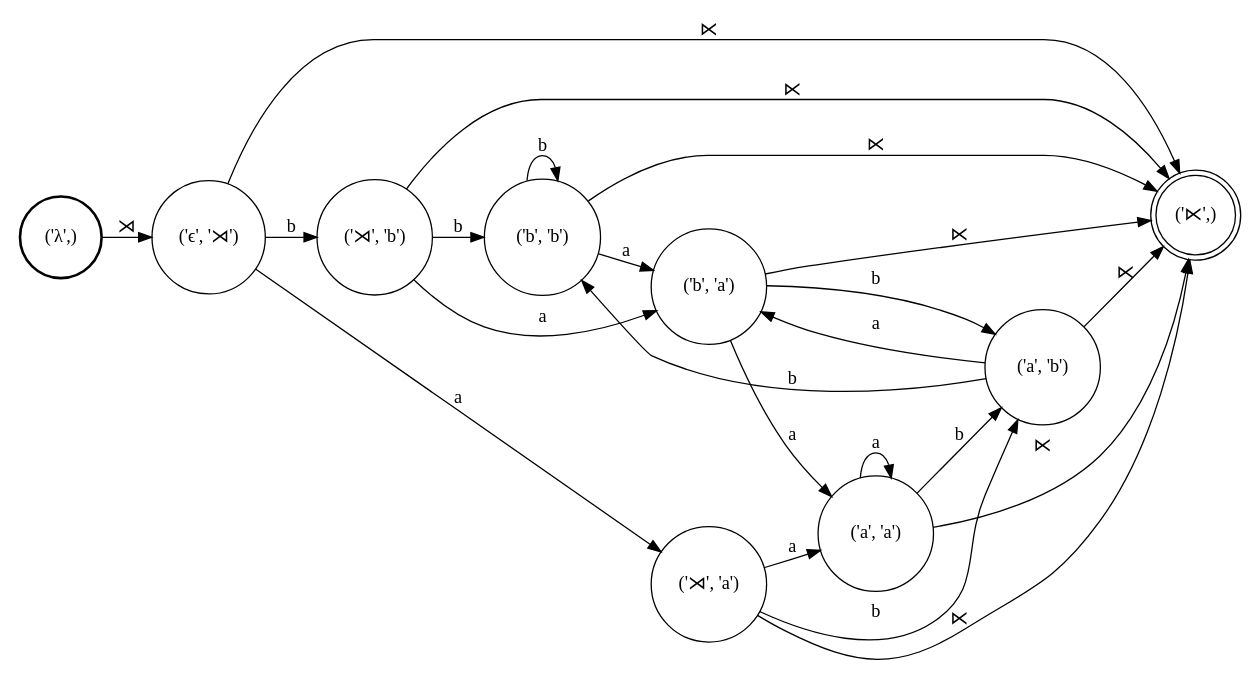
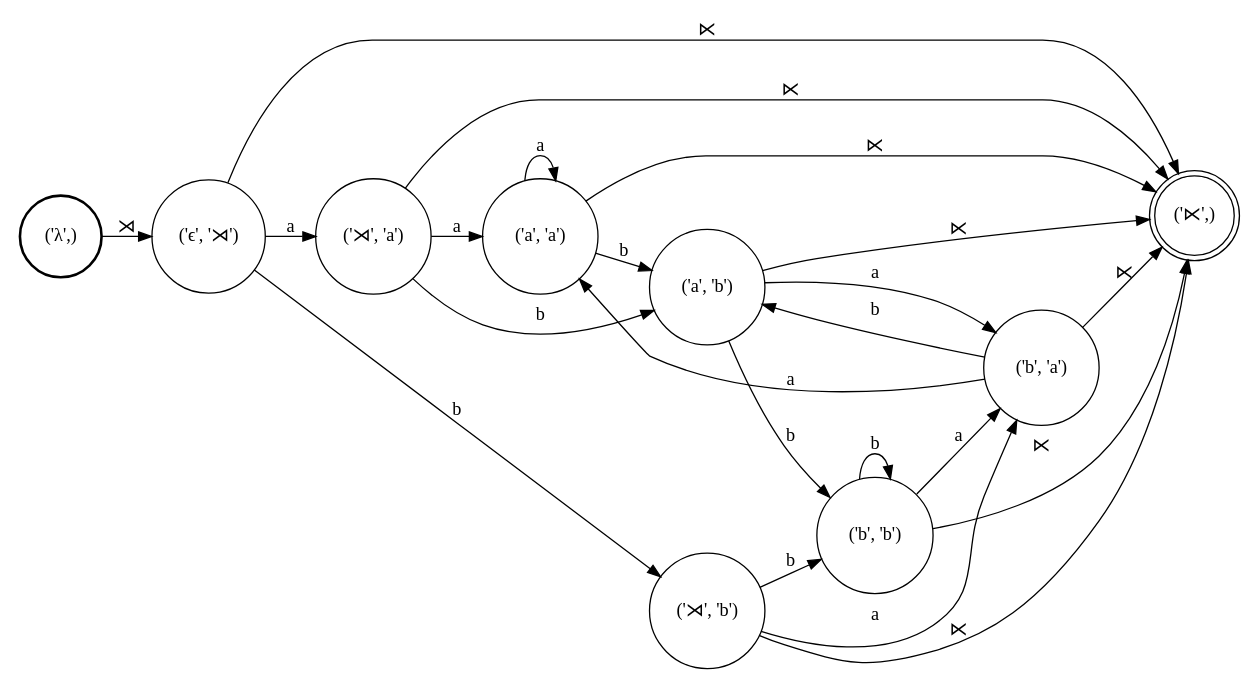
The diagram in demo/L.dot (colincwilson/wynini), drawn with Graphviz before and after one commit. The commit also changed 6 other files, not shown here.

```diff
--- a/demo/L.dot
+++ b/demo/L.dot
@@ -1,39 +1,39 @@
 digraph FST {
 rankdir = LR;
 size = "8.5,11";
 center = 1;
 orientation = Portrait;
 ranksep = "0.4";
 nodesep = "0.25";
 0 [label = "('λ',)", shape = circle, style = bold, fontsize = 14]
 	0 -> 1 [label = "⋊", fontsize = 14];
 1 [label = "('ϵ', '⋊')", shape = circle, style = solid, fontsize = 14]
-	1 -> 2 [label = "b", fontsize = 14];
-	1 -> 3 [label = "a", fontsize = 14];
+	1 -> 2 [label = "a", fontsize = 14];
+	1 -> 3 [label = "b", fontsize = 14];
 	1 -> 8 [label = "⋉", fontsize = 14];
-2 [label = "('⋊', 'b')", shape = circle, style = solid, fontsize = 14]
-	2 -> 4 [label = "b", fontsize = 14];
-	2 -> 5 [label = "a", fontsize = 14];
+2 [label = "('⋊', 'a')", shape = circle, style = solid, fontsize = 14]
+	2 -> 6 [label = "a", fontsize = 14];
+	2 -> 7 [label = "b", fontsize = 14];
 	2 -> 8 [label = "⋉", fontsize = 14];
-3 [label = "('⋊', 'a')", shape = circle, style = solid, fontsize = 14]
-	3 -> 6 [label = "b", fontsize = 14];
-	3 -> 7 [label = "a", fontsize = 14];
+3 [label = "('⋊', 'b')", shape = circle, style = solid, fontsize = 14]
+	3 -> 4 [label = "a", fontsize = 14];
+	3 -> 5 [label = "b", fontsize = 14];
 	3 -> 8 [label = "⋉", fontsize = 14];
-4 [label = "('b', 'b')", shape = circle, style = solid, fontsize = 14]
-	4 -> 4 [label = "b", fontsize = 14];
-	4 -> 5 [label = "a", fontsize = 14];
+4 [label = "('b', 'a')", shape = circle, style = solid, fontsize = 14]
+	4 -> 6 [label = "a", fontsize = 14];
+	4 -> 7 [label = "b", fontsize = 14];
 	4 -> 8 [label = "⋉", fontsize = 14];
-5 [label = "('b', 'a')", shape = circle, style = solid, fontsize = 14]
-	5 -> 6 [label = "b", fontsize = 14];
-	5 -> 7 [label = "a", fontsize = 14];
+5 [label = "('b', 'b')", shape = circle, style = solid, fontsize = 14]
+	5 -> 4 [label = "a", fontsize = 14];
+	5 -> 5 [label = "b", fontsize = 14];
 	5 -> 8 [label = "⋉", fontsize = 14];
-6 [label = "('a', 'b')", shape = circle, style = solid, fontsize = 14]
-	6 -> 4 [label = "b", fontsize = 14];
-	6 -> 5 [label = "a", fontsize = 14];
+6 [label = "('a', 'a')", shape = circle, style = solid, fontsize = 14]
+	6 -> 6 [label = "a", fontsize = 14];
+	6 -> 7 [label = "b", fontsize = 14];
 	6 -> 8 [label = "⋉", fontsize = 14];
-7 [label = "('a', 'a')", shape = circle, style = solid, fontsize = 14]
-	7 -> 6 [label = "b", fontsize = 14];
-	7 -> 7 [label = "a", fontsize = 14];
+7 [label = "('a', 'b')", shape = circle, style = solid, fontsize = 14]
+	7 -> 4 [label = "a", fontsize = 14];
+	7 -> 5 [label = "b", fontsize = 14];
 	7 -> 8 [label = "⋉", fontsize = 14];
 8 [label = "('⋉',)", shape = doublecircle, style = solid, fontsize = 14]
 }
```
